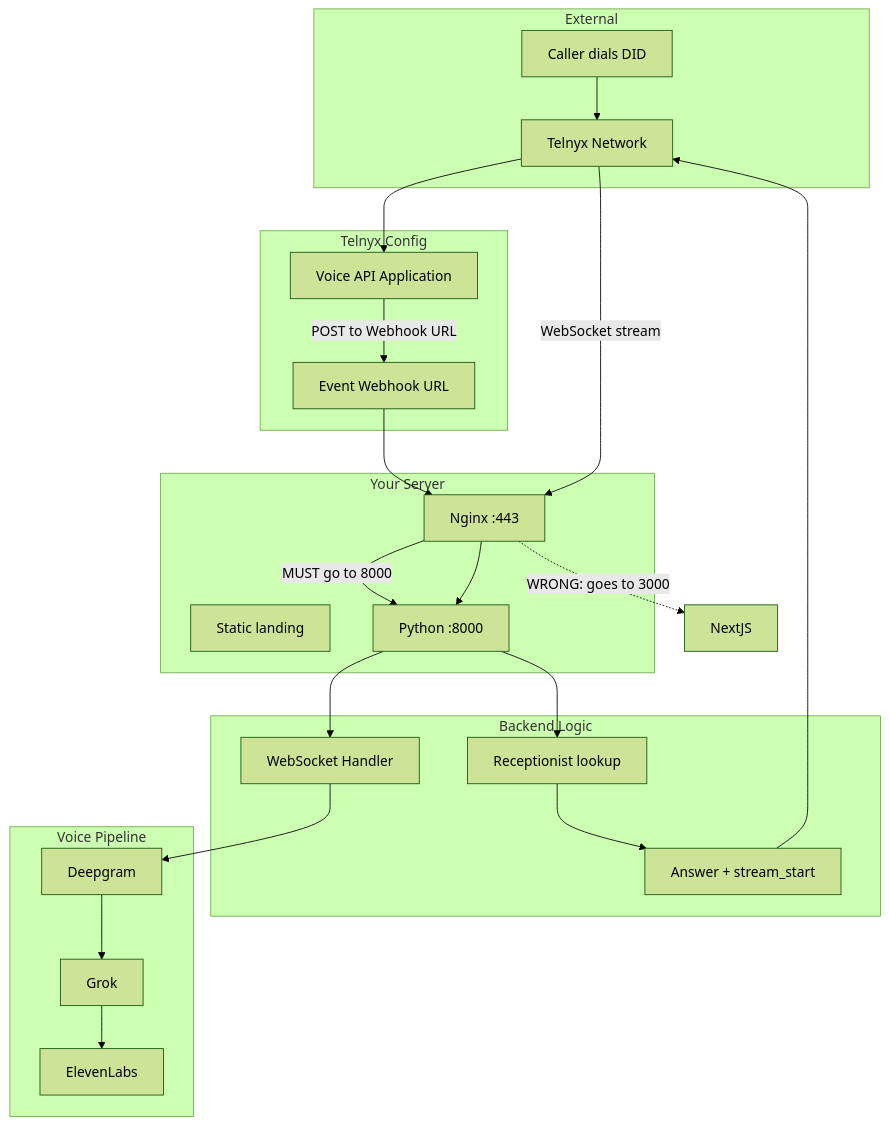
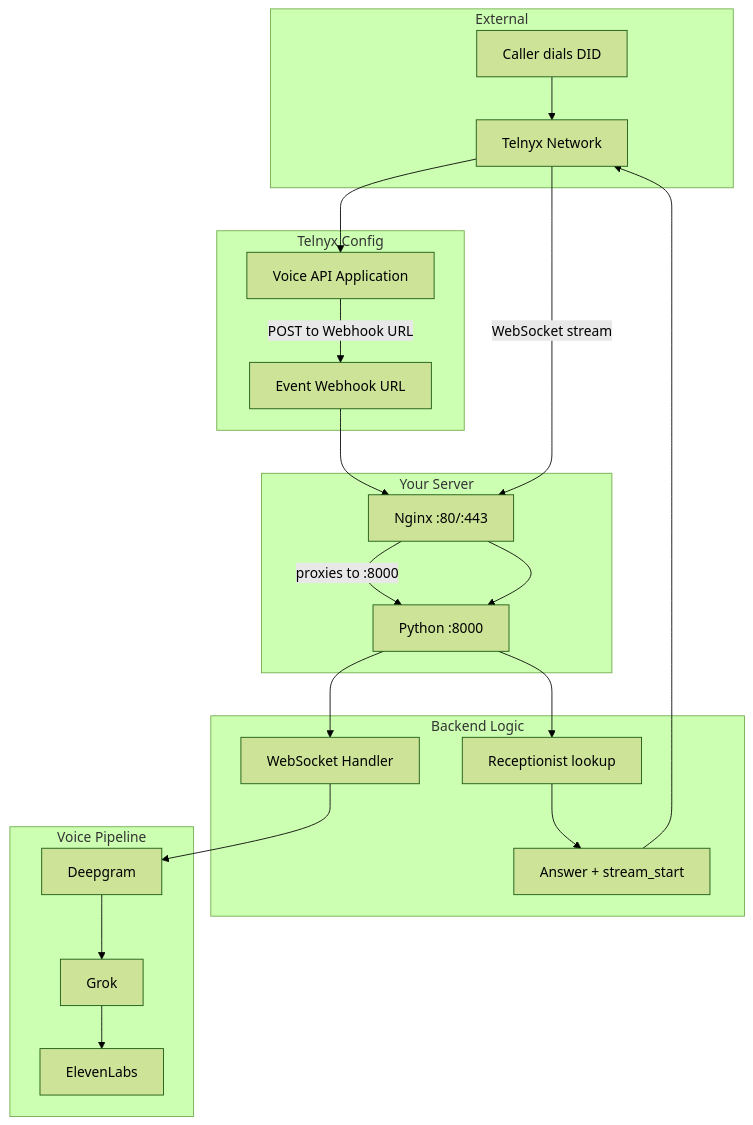
One commit to Plcherra/callbot changed the diagram in docs/CALL_FLOW_DIAGNOSTIC.md. Above: the diagram before and after it, drawn with Mermaid (forest theme). The commit also changed other lines of this file and 4 other files, not shown here.

````diff
--- a/docs/CALL_FLOW_DIAGNOSTIC.md
+++ b/docs/CALL_FLOW_DIAGNOSTIC.md
@@ -19,44 +19,42 @@
 ```mermaid
 flowchart TD
     subgraph external [External]
         Caller[Caller dials DID]
         Telnyx[Telnyx Network]
     end
 
     subgraph telnyx_config [Telnyx Config]
         VoiceApp[Voice API Application]
         WebhookURL[Event Webhook URL]
     end
 
     subgraph routing [Your Server]
-        Nginx[Nginx :443]
-        Static[Static landing]
+        Nginx[Nginx :80/:443]
         Python[Python :8000]
     end
 
     subgraph backend [Backend Logic]
         Lookup[Receptionist lookup]
         Answer[Answer + stream_start]
         WS[WebSocket Handler]
     end
 
     subgraph pipeline [Voice Pipeline]
         Deepgram[Deepgram]
         Grok[Grok]
         ElevenLabs[ElevenLabs]
     end
 
     Caller --> Telnyx
     Telnyx --> VoiceApp
     VoiceApp -->|POST to Webhook URL| WebhookURL
     WebhookURL --> Nginx
-    Nginx -->|MUST go to 8000| Python
-    Nginx -.->|WRONG: goes to 3000| NextJS
+    Nginx -->|proxies to :8000| Python
     Python --> Lookup
     Lookup --> Answer
     Answer --> Telnyx
     Telnyx -->|WebSocket stream| Nginx
     Nginx --> Python
     Python --> WS
     WS --> Deepgram --> Grok --> ElevenLabs
 ```
````
